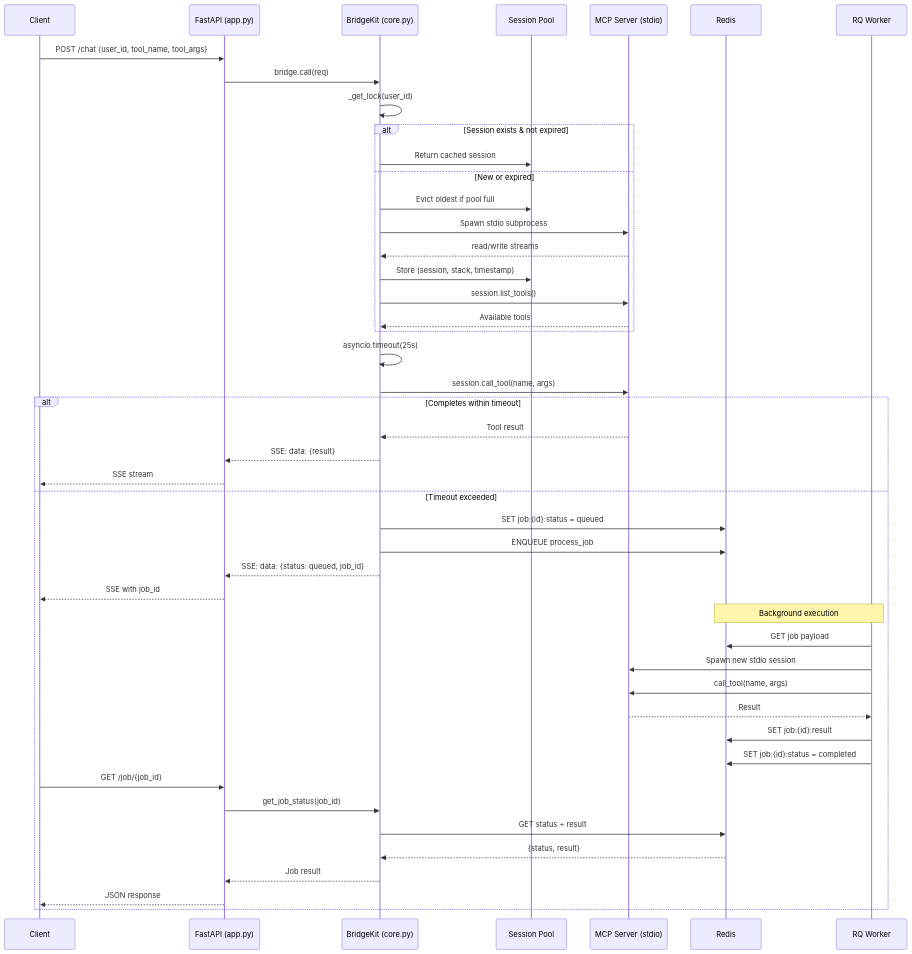
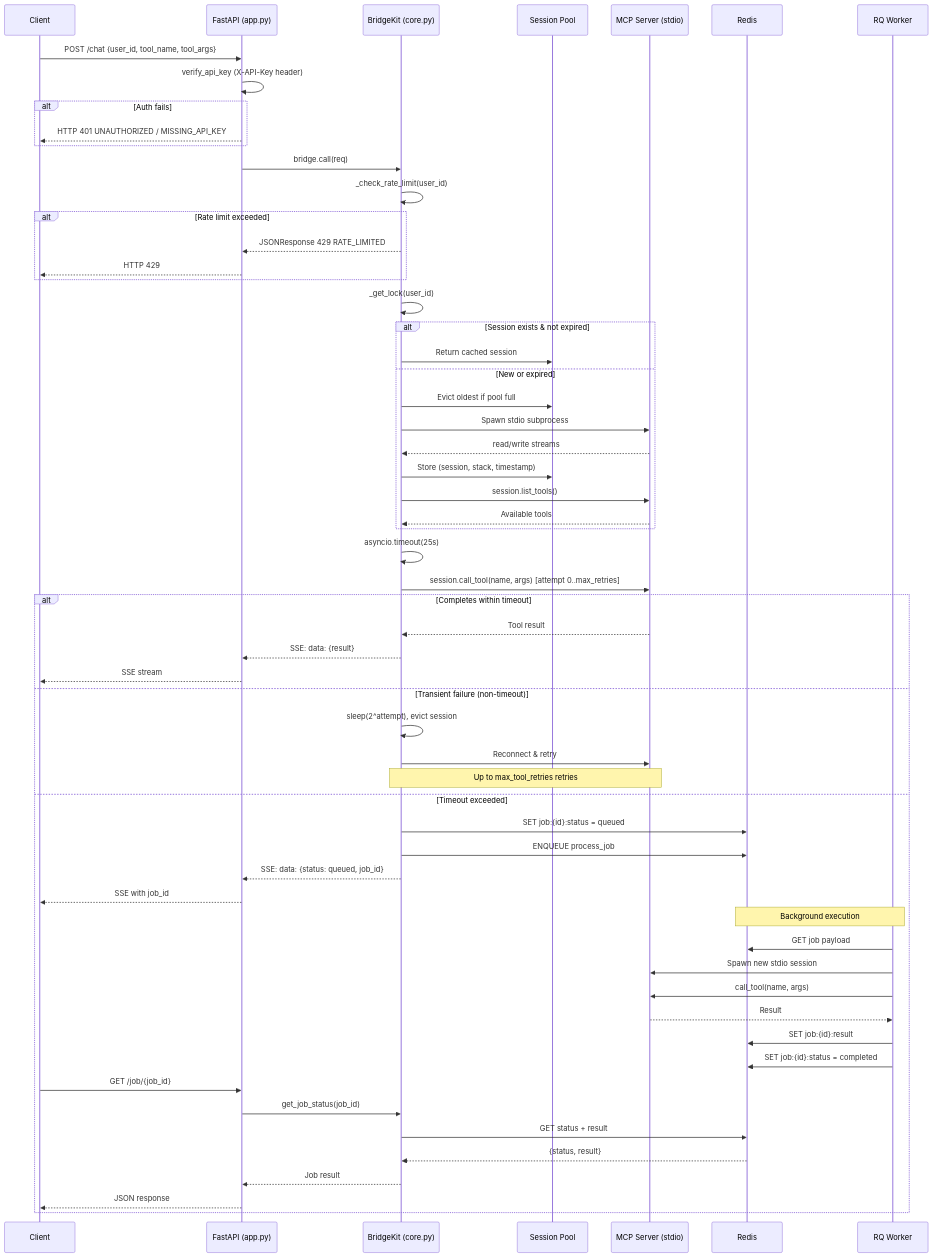
Before and after one commit to mkbhardwas12/mcp-bridgekit: the second of 8 diagrams in ARCHITECTURE.md, drawn with Mermaid. The commit also changed other lines of this file and 9 other files, not shown here.

````diff
--- a/ARCHITECTURE.md
+++ b/ARCHITECTURE.md
@@ -67,54 +73,67 @@
 ```mermaid
 sequenceDiagram
     participant Client
     participant FastAPI as FastAPI (app.py)
     participant Core as BridgeKit (core.py)
     participant Pool as Session Pool
     participant MCP as MCP Server (stdio)
     participant Redis
     participant Worker as RQ Worker
 
     Client->>FastAPI: POST /chat {user_id, tool_name, tool_args}
+    FastAPI->>FastAPI: verify_api_key (X-API-Key header)
+    alt Auth fails
+        FastAPI-->>Client: HTTP 401 UNAUTHORIZED / MISSING_API_KEY
+    end
     FastAPI->>Core: bridge.call(req)
+    Core->>Core: _check_rate_limit(user_id)
+    alt Rate limit exceeded
+        Core-->>FastAPI: JSONResponse 429 RATE_LIMITED
+        FastAPI-->>Client: HTTP 429
+    end
     Core->>Core: _get_lock(user_id)
 
     alt Session exists & not expired
         Core->>Pool: Return cached session
     else New or expired
         Core->>Pool: Evict oldest if pool full
         Core->>MCP: Spawn stdio subprocess
         MCP-->>Core: read/write streams
         Core->>Pool: Store (session, stack, timestamp)
         Core->>MCP: session.list_tools()
         MCP-->>Core: Available tools
     end
 
     Core->>Core: asyncio.timeout(25s)
-    Core->>MCP: session.call_tool(name, args)
+    Core->>MCP: session.call_tool(name, args) [attempt 0..max_retries]
 
     alt Completes within timeout
         MCP-->>Core: Tool result
         Core-->>FastAPI: SSE: data: {result}
         FastAPI-->>Client: SSE stream
+    else Transient failure (non-timeout)
+        Core->>Core: sleep(2^attempt), evict session
+        Core->>MCP: Reconnect & retry
+        Note over Core,MCP: Up to max_tool_retries retries
     else Timeout exceeded
         Core->>Redis: SET job:{id}:status = queued
         Core->>Redis: ENQUEUE process_job
         Core-->>FastAPI: SSE: data: {status: queued, job_id}
         FastAPI-->>Client: SSE with job_id
 
         Note over Worker,Redis: Background execution
         Worker->>Redis: GET job payload
         Worker->>MCP: Spawn new stdio session
         Worker->>MCP: call_tool(name, args)
         MCP-->>Worker: Result
         Worker->>Redis: SET job:{id}:result
         Worker->>Redis: SET job:{id}:status = completed
 
         Client->>FastAPI: GET /job/{job_id}
         FastAPI->>Core: get_job_status(job_id)
         Core->>Redis: GET status + result
         Redis-->>Core: {status, result}
         Core-->>FastAPI: Job result
         FastAPI-->>Client: JSON response
     end
 ```
````
